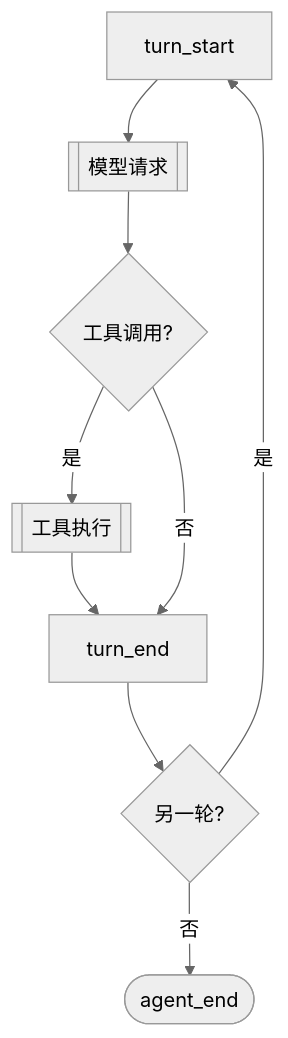
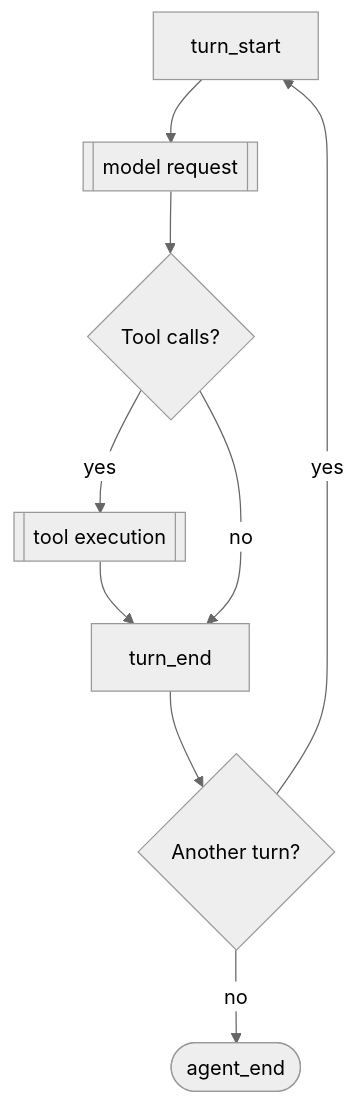
Before and after one commit to Lizhen0628/pi-dev-chinese: the second of 3 diagrams in docs-md/extensions.md, drawn with Mermaid (neutral theme). The commit also changed other lines of this file and 10 other files, not shown here.

````diff
--- a/docs-md/extensions.md
+++ b/docs-md/extensions.md
@@ -328,11 +328,11 @@
 ```mermaid
 flowchart TD
-    TurnStart["turn_start"] --> Request[["模型请求"]]
-    Request --> ToolDecision{"工具调用?"}
-    ToolDecision -->|是| Tools[["工具执行"]]
+    TurnStart["turn_start"] --> Request[["model request"]]
+    Request --> ToolDecision{"Tool calls?"}
+    ToolDecision -->|yes| Tools[["tool execution"]]
     Tools --> TurnEnd["turn_end"]
-    ToolDecision -->|否| TurnEnd
-    TurnEnd --> MoreTurns{"另一轮?"}
-    MoreTurns -->|是| TurnStart
-    MoreTurns -->|否| AgentEnd(["agent_end"])
+    ToolDecision -->|no| TurnEnd
+    TurnEnd --> MoreTurns{"Another turn?"}
+    MoreTurns -->|yes| TurnStart
+    MoreTurns -->|no| AgentEnd(["agent_end"])
 ```
````
